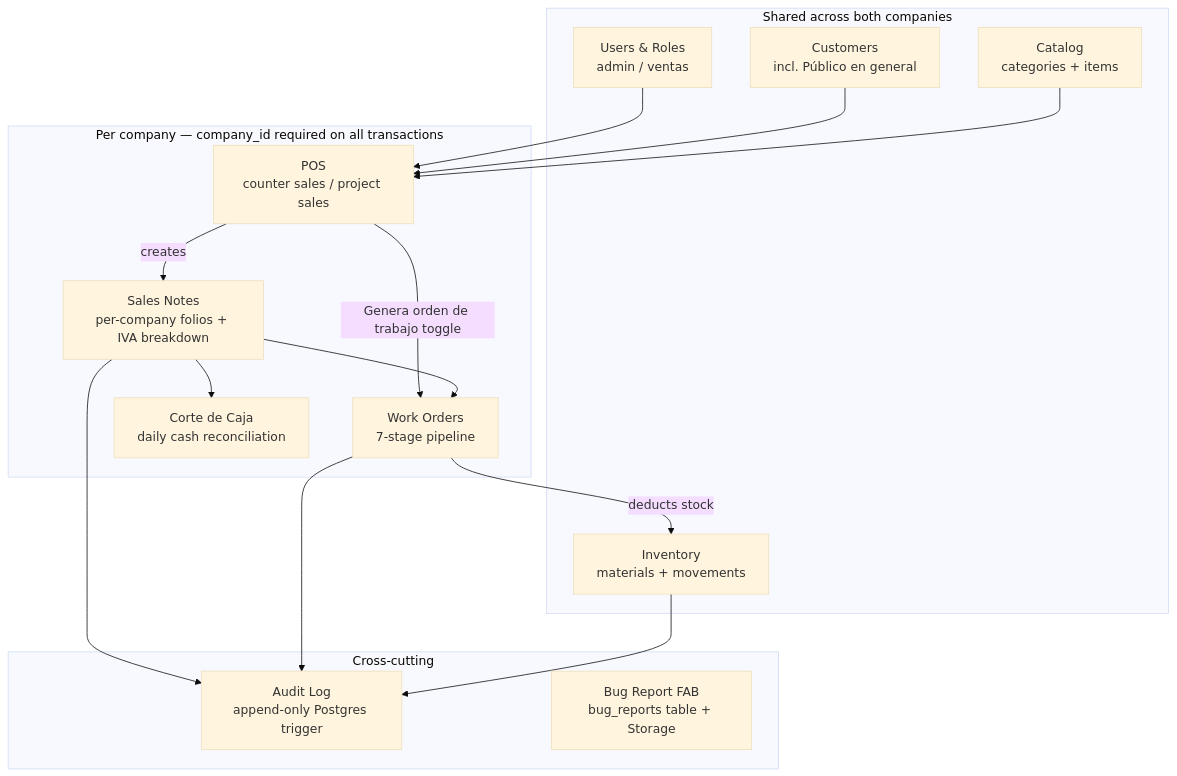
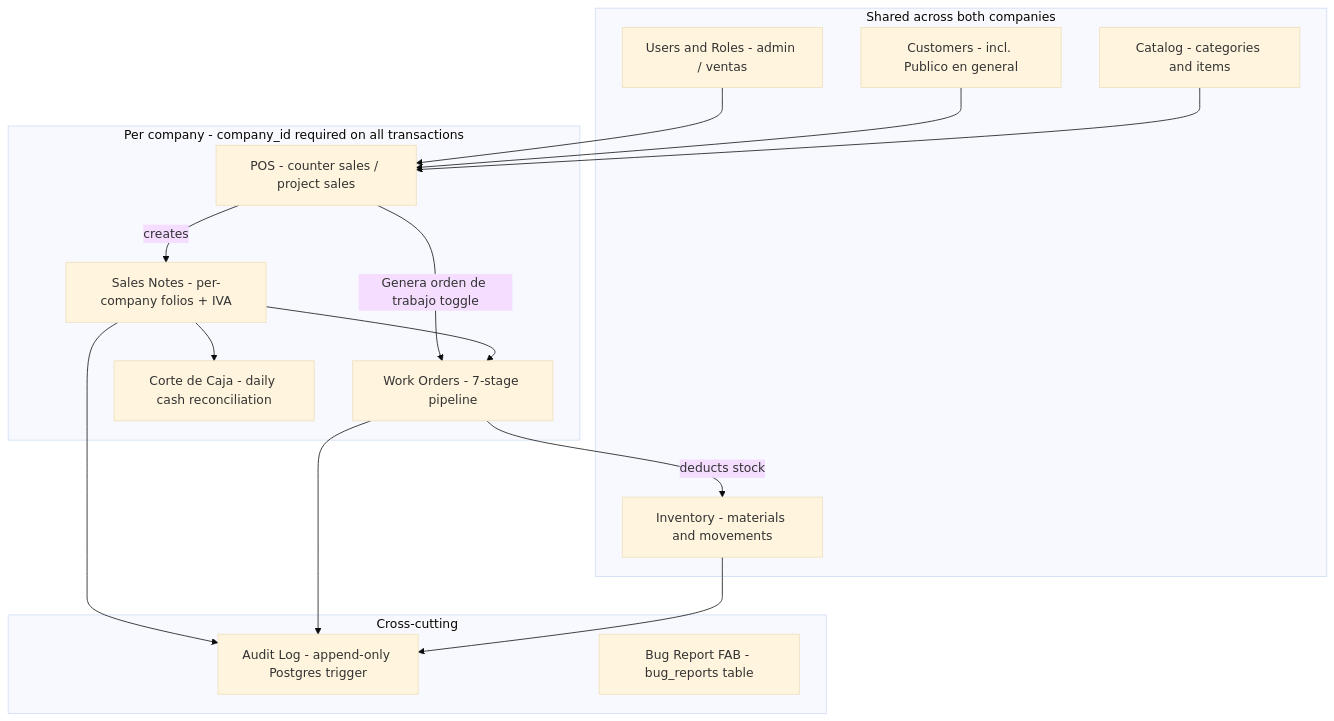
One commit to pedro412/prosesa-os changed the first of 5 diagrams in docs/architecture.md. Above: the diagram before and after it, drawn with Mermaid (base theme). The commit also changed other lines of this file, not shown here.

Commit message:
fix architecture diagram

````diff
--- a/docs/architecture.md
+++ b/docs/architecture.md
@@ -9,33 +9,33 @@
 ```mermaid
 graph TB
     subgraph shared["Shared across both companies"]
-        users["Users & Roles\nadmin / ventas"]
-        customers["Customers\nincl. Público en general"]
-        catalog["Catalog\ncategories + items"]
-        inventory["Inventory\nmaterials + movements"]
+        users["Users and Roles - admin / ventas"]
+        customers["Customers - incl. Publico en general"]
+        catalog["Catalog - categories and items"]
+        inventory["Inventory - materials and movements"]
     end
 
-    subgraph perco["Per company — company_id required on all transactions"]
-        pos["POS\ncounter sales / project sales"]
-        notes["Sales Notes\nper-company folios + IVA breakdown"]
-        orders["Work Orders\n7-stage pipeline"]
-        caja["Corte de Caja\ndaily cash reconciliation"]
+    subgraph perco["Per company - company_id required on all transactions"]
+        pos["POS - counter sales / project sales"]
+        notes["Sales Notes - per-company folios + IVA"]
+        orders["Work Orders - 7-stage pipeline"]
+        caja["Corte de Caja - daily cash reconciliation"]
     end
 
     subgraph cross["Cross-cutting"]
-        audit["Audit Log\nappend-only Postgres trigger"]
-        bugs["Bug Report FAB\nbug_reports table + Storage"]
+        audit["Audit Log - append-only Postgres trigger"]
+        bugs["Bug Report FAB - bug_reports table"]
     end
 
     users --> pos
     customers --> pos
     catalog --> pos
     pos -->|creates| notes
     pos -->|"Genera orden de trabajo toggle"| orders
     notes --> orders
     orders -->|deducts stock| inventory
     notes --> caja
     notes --> audit
     orders --> audit
     inventory --> audit
 ```
````
